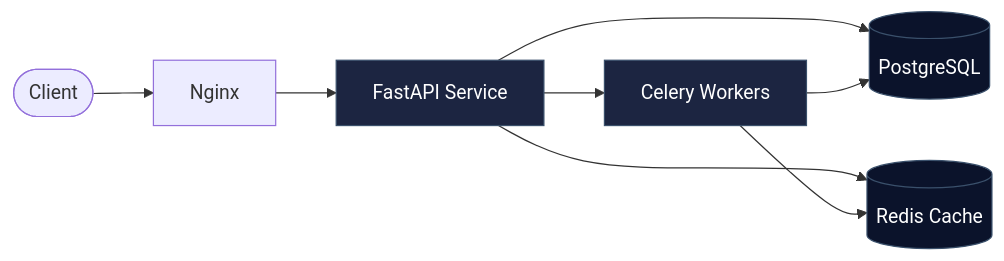
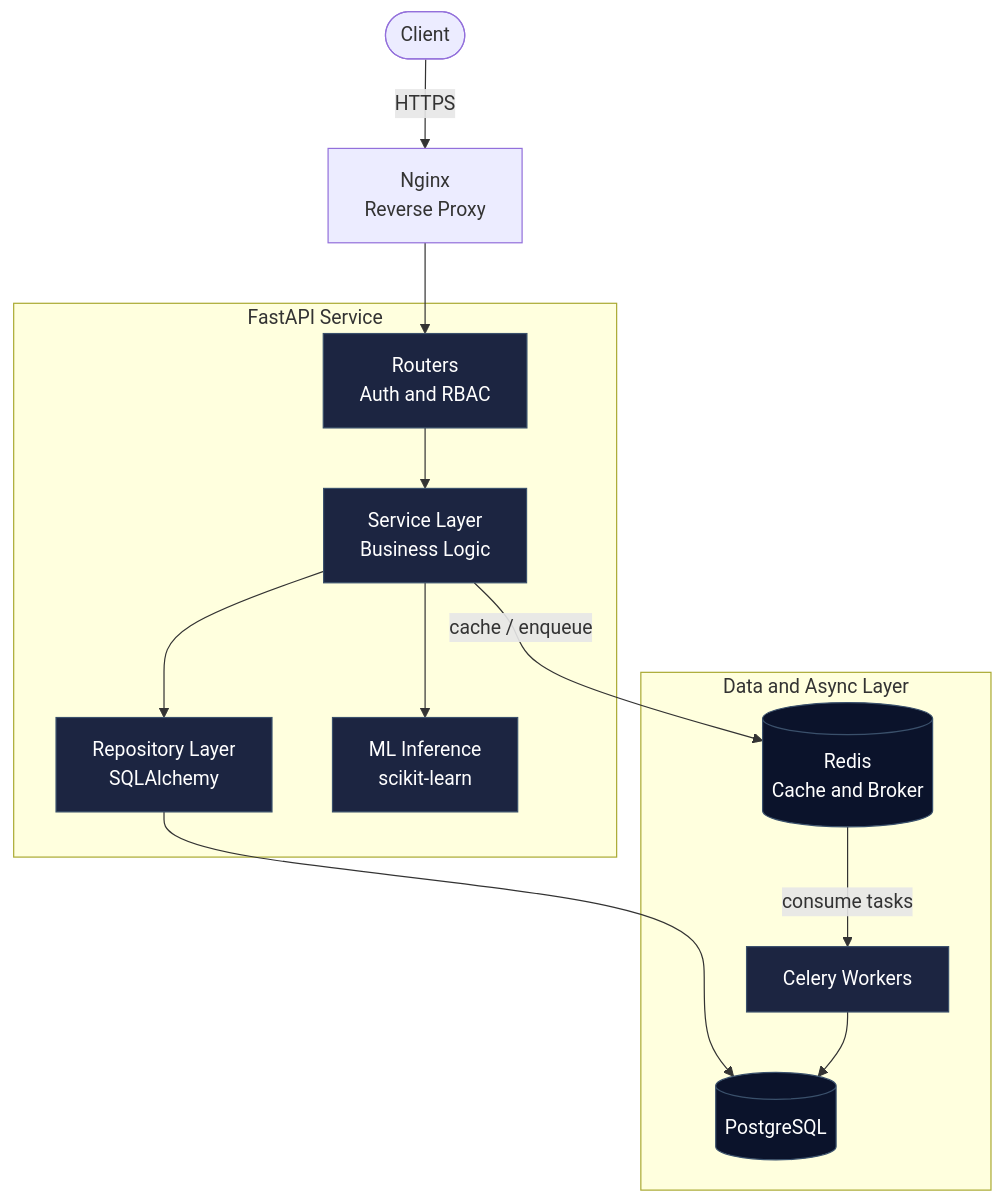
The diagram in README.md (ISanaSaki/ISanaSaki), drawn with Mermaid before and after one commit. The commit also changed other lines of this file, not shown here.

Commit message:
upgrading tech stack architecture

````diff
--- a/README.md
+++ b/README.md
@@ -45,14 +45,31 @@
 ```mermaid
-flowchart LR
-    C([Client]) --> N[Nginx]
-    N --> A[FastAPI Service]
-    A --> D[(PostgreSQL)]
-    A --> R[(Redis Cache)]
-    A --> Q[Celery Workers]
-    Q --> D
-    Q --> R
+flowchart TB
+    C([Client]) -->|HTTPS| N[Nginx<br/>Reverse Proxy]
+
+    subgraph API[FastAPI Service]
+        RT[Routers<br/>Auth and RBAC]
+        SV[Service Layer<br/>Business Logic]
+        RP[Repository Layer<br/>SQLAlchemy]
+        ML[ML Inference<br/>scikit-learn]
+        RT --> SV
+        SV --> RP
+        SV --> ML
+    end
+
+    subgraph INFRA[Data and Async Layer]
+        RD[(Redis<br/>Cache and Broker)]
+        W[Celery Workers]
+        DB[(PostgreSQL)]
+        RD -->|consume tasks| W
+    end
+
+    N --> RT
+    SV -->|cache / enqueue| RD
+    RP --> DB
+    W --> DB
+
     classDef core fill:#1C2541,stroke:#3A506B,color:#fff;
     classDef data fill:#0B132B,stroke:#3A506B,color:#fff;
-    class A,Q core;
-    class D,R data;
+    class RT,SV,RP,ML,W core;
+    class RD,DB data;
 ```
````
